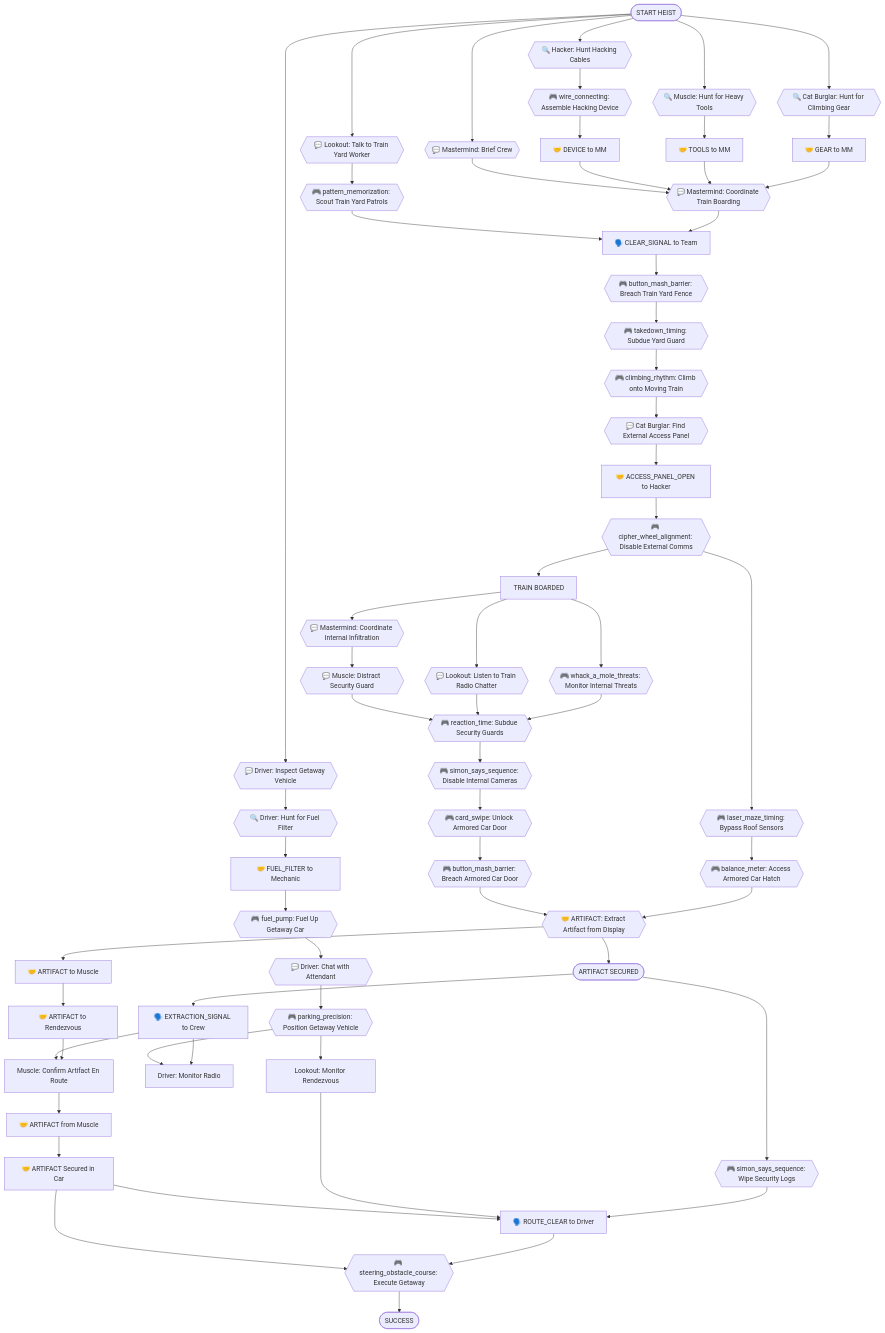
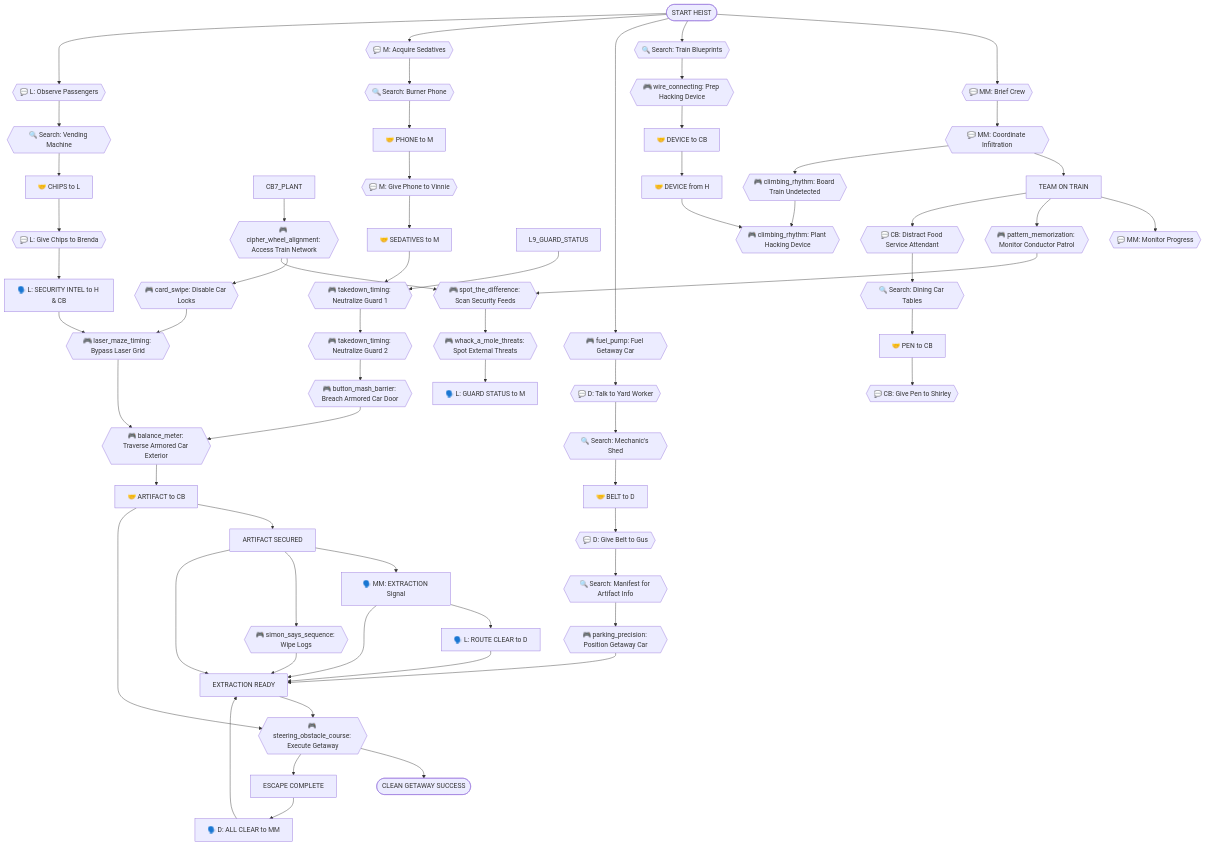
Before and after one commit to barrand/TheHeist: the first of 2 diagrams in examples/generated_train_6players.md, drawn with Mermaid. The commit also changed other lines of this file and 2 other files, not shown here.

First line of the commit message:
Fix Mermaid diagram syntax in generated experiences

````diff
--- a/examples/generated_train_6players.md
+++ b/examples/generated_train_6players.md
@@ -356,100 +366,83 @@
 ```mermaid
 flowchart TD
     START([START HEIST])
-
-    %% Mastermind Prep
-    START --> MM_P1{{💬 Mastermind: Brief Crew}}
-
-    %% Hacker Prep
-    START --> H_P1{{🔍 Hacker: Hunt Hacking Cables}}
-    H_P1 --> H_P2{{🎮 wire_connecting: Assemble Hacking Device}}
-    H_P2 --> H_P3[🤝 DEVICE to MM]
-
-    %% Driver Prep
-    START --> D_P1{{💬 Driver: Inspect Getaway Vehicle}}
-    D_P1 --> D_P2{{🔍 Driver: Hunt for Fuel Filter}}
-    D_P2 --> D_P3[🤝 FUEL_FILTER to Mechanic]
-    D_P3 --> D_P4{{🎮 fuel_pump: Fuel Up Getaway Car}}
-    D_P4 --> D_P5{{💬 Driver: Chat with Attendant}}
-
-    %% Muscle Prep
-    START --> M_P1{{🔍 Muscle: Hunt for Heavy Tools}}
-    M_P1 --> M_P2[🤝 TOOLS to MM]
-
-    %% Cat Burglar Prep
-    START --> CB_P1{{🔍 Cat Burglar: Hunt for Climbing Gear}}
-    CB_P1 --> CB_P2[🤝 GEAR to MM]
-
-    %% Lookout Prep
-    START --> L_P1{{💬 Lookout: Talk to Train Yard Worker}}
-    L_P1 --> L_P2{{🎮 pattern_memorization: Scout Train Yard Patrols}}
-
-    %% --- Infiltration Phase ---
-    L_P2 --> L_I1[🗣️ CLEAR_SIGNAL to Team]
-    MM_P1 --> MM_I1{{💬 Mastermind: Coordinate Train Boarding}}
-    MM_I1 --> L_I1
-    H_P3 --> MM_I1
-    M_P2 --> MM_I1
-    CB_P2 --> MM_I1
-
-    L_I1 --> M_I1{{🎮 button_mash_barrier: Breach Train Yard Fence}}
-    M_I1 --> M_I2{{🎮 takedown_timing: Subdue Yard Guard}}
-
-    M_I2 --> CB_I1{{🎮 climbing_rhythm: Climb onto Moving Train}}
-    CB_I1 --> CB_I2{{💬 Cat Burglar: Find External Access Panel}}
-    CB_I2 --> CB_I3[🤝 ACCESS_PANEL_OPEN to Hacker]
-
-    CB_I3 --> H_I1{{🎮 cipher_wheel_alignment: Disable External Comms}}
-    H_I1 --> TRAIN_BOARDED[TRAIN BOARDED]
-
-    %% --- Internal Execution Phase ---
-    TRAIN_BOARDED --> MM_E1{{💬 Mastermind: Coordinate Internal Infiltration}}
-    TRAIN_BOARDED --> L_E1{{💬 Lookout: Listen to Train Radio Chatter}}
-    TRAIN_BOARDED --> L_E2{{🎮 whack_a_mole_threats: Monitor Internal Threats}}
-
-    MM_E1 --> M_E1{{💬 Muscle: Distract Security Guard}}
-    M_E1 --> M_E2{{🎮 reaction_time: Subdue Security Guards}}
-    L_E1 --> M_E2
-    L_E2 --> M_E2
-
-    M_E2 --> H_E1{{🎮 simon_says_sequence: Disable Internal Cameras}}
-    H_E1 --> H_E2{{🎮 card_swipe: Unlock Armored Car Door}}
-
-    H_E2 --> M_E3{{🎮 button_mash_barrier: Breach Armored Car Door}}
-
-    H_I1 --> CB_E1{{🎮 laser_maze_timing: Bypass Roof Sensors}}
-    CB_E1 --> CB_E2{{🎮 balance_meter: Access Armored Car Hatch}}
-
-    M_E3 --> CB_E3{{🤝 ARTIFACT: Extract Artifact from Display}}
-    CB_E2 --> CB_E3
-
-    CB_E3 --> CB_E4[🤝 ARTIFACT to Muscle]
-    CB_E4 --> M_E4[🤝 ARTIFACT to Rendezvous]
-
-    ARTIFACT_SECURED([ARTIFACT SECURED])
-    CB_E3 --> ARTIFACT_SECURED
-
-    %% --- Escape Phase ---
-    D_P5 --> D_E1{{🎮 parking_precision: Position Getaway Vehicle}}
-    D_E1 --> L_E3[Lookout: Monitor Rendezvous]
-    D_E1 --> D_E2[Driver: Monitor Radio]
-
-    ARTIFACT_SECURED --> MM_ES1[🗣️ EXTRACTION_SIGNAL to Crew]
-    MM_ES1 --> D_E2
-    MM_ES1 --> M_ES1[Muscle: Confirm Artifact En Route]
-    M_E4 --> M_ES1
-
-    M_ES1 --> D_ES1[🤝 ARTIFACT from Muscle]
-    D_ES1 --> D_ES2[🤝 ARTIFACT Secured in Car]
-
-    D_ES2 --> L_ES1[🗣️ ROUTE_CLEAR to Driver]
-    L_E3 --> L_ES1
-
-    ARTIFACT_SECURED --> H_ES1{{🎮 simon_says_sequence: Wipe Security Logs}}
-    H_ES1 --> L_ES1
-
-    D_ES2 --> D_ES3{{🎮 steering_obstacle_course: Execute Getaway}}
-    L_ES1 --> D_ES3
-
-    D_ES3 --> END([SUCCESS])
+    
+    %% Mastermind Tasks
+    START --> MM1{{💬 MM: Brief Crew}}
+    MM1 --> MM2{{💬 MM: Coordinate Infiltration}}
+    MM2 --> TEAM_ON_TRAIN[TEAM ON TRAIN]
+    TEAM_ON_TRAIN --> MM3{{💬 MM: Monitor Progress}}
+    ARTIFACT_SECURED[ARTIFACT SECURED] --> MM4[🗣️ MM: EXTRACTION Signal]
+    
+    %% Hacker Tasks
+    START --> H1{{🔍 Search: Train Blueprints}}
+    H1 --> H2{{🎮 wire_connecting: Prep Hacking Device}}
+    H2 --> H3[🤝 DEVICE to CB]
+    CB7_PLANT --> H4{{🎮 cipher_wheel_alignment: Access Train Network}}
+    H4 --> H5{{🎮 card_swipe: Disable Car Locks}}
+    ARTIFACT_SECURED --> H6{{🎮 simon_says_sequence: Wipe Logs}}
+    
+    %% Driver Tasks
+    START --> D1{{🎮 fuel_pump: Fuel Getaway Car}}
+    D1 --> D2{{💬 D: Talk to Yard Worker}}
+    D2 --> D3{{🔍 Search: Mechanic's Shed}}
+    D3 --> D4[🤝 BELT to D]
+    D4 --> D5{{💬 D: Give Belt to Gus}}
+    D5 --> D6{{🔍 Search: Manifest for Artifact Info}}
+    D6 --> D7{{🎮 parking_precision: Position Getaway Car}}
+    ESCAPE_COMPLETE[ESCAPE COMPLETE] --> D8[🗣️ D: ALL CLEAR to MM]
+    
+    %% Muscle Tasks
+    START --> M1{{💬 M: Acquire Sedatives}}
+    M1 --> M2{{🔍 Search: Burner Phone}}
+    M2 --> M3[🤝 PHONE to M]
+    M3 --> M4{{💬 M: Give Phone to Vinnie}}
+    M4 --> M5[🤝 SEDATIVES to M]
+    L9_GUARD_STATUS --> M6{{🎮 takedown_timing: Neutralize Guard 1}}
+    M5 --> M6
+    M6 --> M7{{🎮 takedown_timing: Neutralize Guard 2}}
+    M7 --> M8{{🎮 button_mash_barrier: Breach Armored Car Door}}
+    
+    %% Lookout Tasks
+    START --> L1{{💬 L: Observe Passengers}}
+    L1 --> L2{{🔍 Search: Vending Machine}}
+    L2 --> L3[🤝 CHIPS to L]
+    L3 --> L4{{💬 L: Give Chips to Brenda}}
+    L4 --> L5[🗣️ L: SECURITY INTEL to H & CB]
+    TEAM_ON_TRAIN --> L6{{🎮 pattern_memorization: Monitor Conductor Patrol}}
+    H4 --> L7{{🎮 spot_the_difference: Scan Security Feeds}}
+    L6 --> L7
+    L7 --> L8{{🎮 whack_a_mole_threats: Spot External Threats}}
+    L8 --> L9[🗣️ L: GUARD STATUS to M]
+    MM4 --> L10[🗣️ L: ROUTE CLEAR to D]
+    
+    %% Cat Burglar Tasks
+    MM2 --> CB1{{🎮 climbing_rhythm: Board Train Undetected}}
+    TEAM_ON_TRAIN --> CB2{{💬 CB: Distract Food Service Attendant}}
+    CB2 --> CB3{{🔍 Search: Dining Car Tables}}
+    CB3 --> CB4[🤝 PEN to CB]
+    CB4 --> CB5{{💬 CB: Give Pen to Shirley}}
+    H3 --> CB6[🤝 DEVICE from H]
+    CB1 --> CB7{{🎮 climbing_rhythm: Plant Hacking Device}}
+    CB6 --> CB7
+    L5 --> CB8{{🎮 laser_maze_timing: Bypass Laser Grid}}
+    H5 --> CB8
+    M8 --> CB9{{🎮 balance_meter: Traverse Armored Car Exterior}}
+    CB8 --> CB9
+    CB9 --> CB10[🤝 ARTIFACT to CB]
+    CB10 --> ARTIFACT_SECURED
+    
+    %% Convergences for Extraction
+    MM4 --> ESCAPE_READY[EXTRACTION READY]
+    ARTIFACT_SECURED --> ESCAPE_READY
+    D7 --> ESCAPE_READY
+    D8 --> ESCAPE_READY
+    L10 --> ESCAPE_READY
+    H6 --> ESCAPE_READY
+    
+    ESCAPE_READY --> D_GETAWAY{{🎮 steering_obstacle_course: Execute Getaway}}
+    CB10 --> D_GETAWAY
+    
+    D_GETAWAY --> SUCCESS([CLEAN GETAWAY SUCCESS])
+    D_GETAWAY --> ESCAPE_COMPLETE
 ```
````
